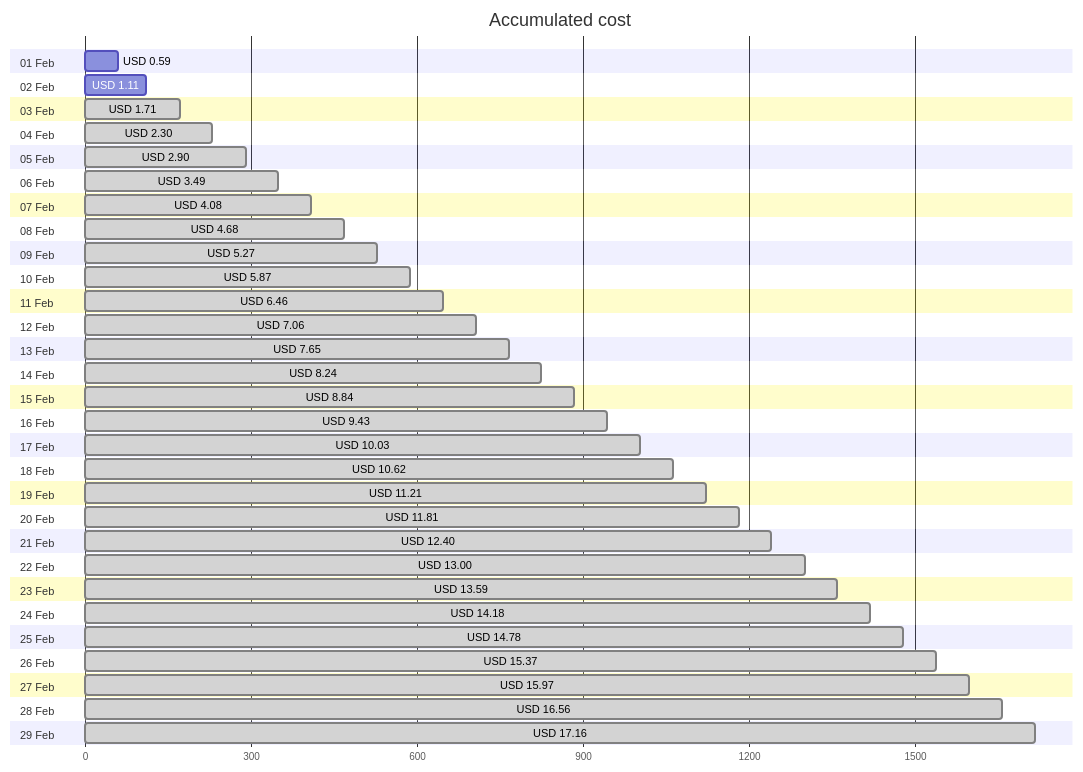
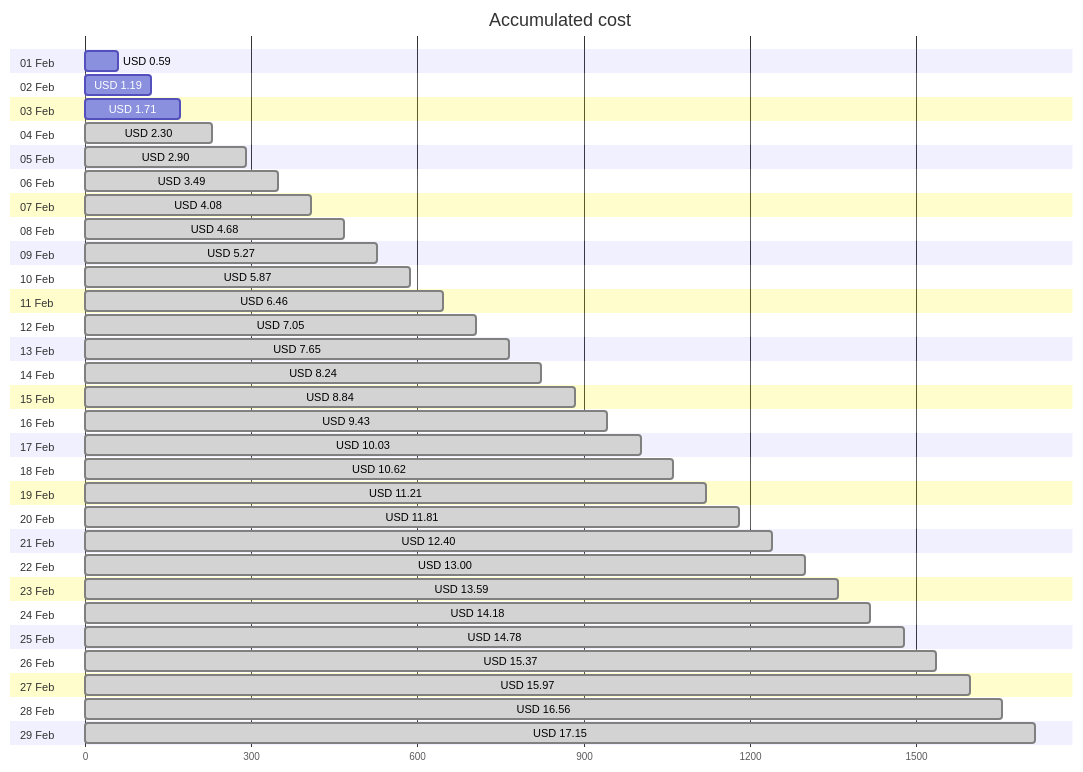
One commit to jpfulton/azure-personal-reports changed the first of 4 diagrams in cost-reports/personal-site/README.md. Above: the diagram before and after it, drawn with Mermaid. The commit also changed other lines of this file and 6 other files, not shown here.

````diff
--- a/cost-reports/personal-site/README.md
+++ b/cost-reports/personal-site/README.md
@@ -20,64 +20,64 @@
 ```mermaid
 gantt
    title Accumulated cost
    dateFormat  X
    axisFormat %s
    section 01 Feb
    USD 0.59 :0, 59
    section 02 Feb
-   USD 1.11 :0, 111
+   USD 1.19 :0, 119
    section 03 Feb
-   USD 1.71 : done, 0, 171
+   USD 1.71 :0, 171
    section 04 Feb
    USD 2.30 : done, 0, 230
    section 05 Feb
    USD 2.90 : done, 0, 290
    section 06 Feb
    USD 3.49 : done, 0, 349
    section 07 Feb
    USD 4.08 : done, 0, 408
    section 08 Feb
    USD 4.68 : done, 0, 468
    section 09 Feb
    USD 5.27 : done, 0, 527
    section 10 Feb
    USD 5.87 : done, 0, 587
    section 11 Feb
    USD 6.46 : done, 0, 646
    section 12 Feb
-   USD 7.06 : done, 0, 706
+   USD 7.05 : done, 0, 705
    section 13 Feb
    USD 7.65 : done, 0, 765
    section 14 Feb
    USD 8.24 : done, 0, 824
    section 15 Feb
    USD 8.84 : done, 0, 884
    section 16 Feb
    USD 9.43 : done, 0, 943
    section 17 Feb
    USD 10.03 : done, 0, 1003
    section 18 Feb
    USD 10.62 : done, 0, 1062
    section 19 Feb
    USD 11.21 : done, 0, 1121
    section 20 Feb
    USD 11.81 : done, 0, 1181
    section 21 Feb
    USD 12.40 : done, 0, 1240
    section 22 Feb
    USD 13.00 : done, 0, 1300
    section 23 Feb
    USD 13.59 : done, 0, 1359
    section 24 Feb
    USD 14.18 : done, 0, 1418
    section 25 Feb
    USD 14.78 : done, 0, 1478
    section 26 Feb
    USD 15.37 : done, 0, 1537
    section 27 Feb
    USD 15.97 : done, 0, 1597
    section 28 Feb
    USD 16.56 : done, 0, 1656
    section 29 Feb
-   USD 17.16 : done, 0, 1716
+   USD 17.15 : done, 0, 1715
 ```
````
